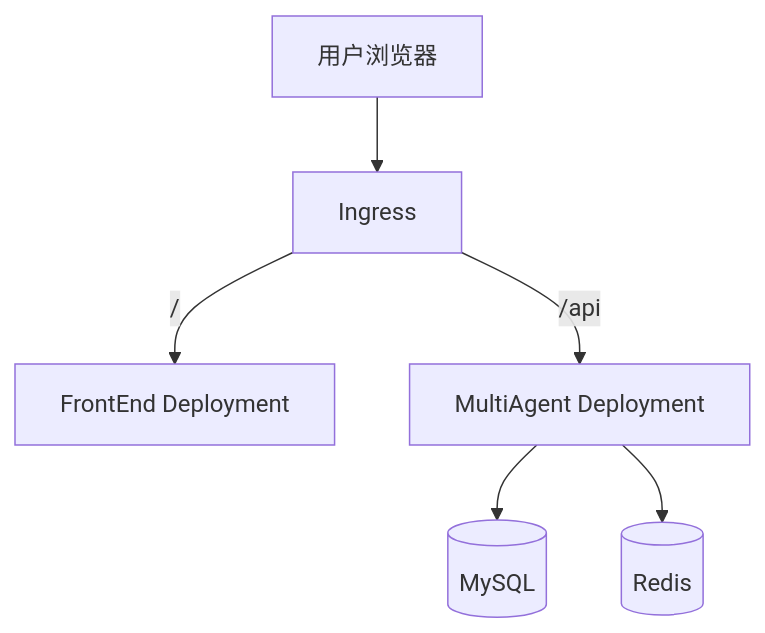
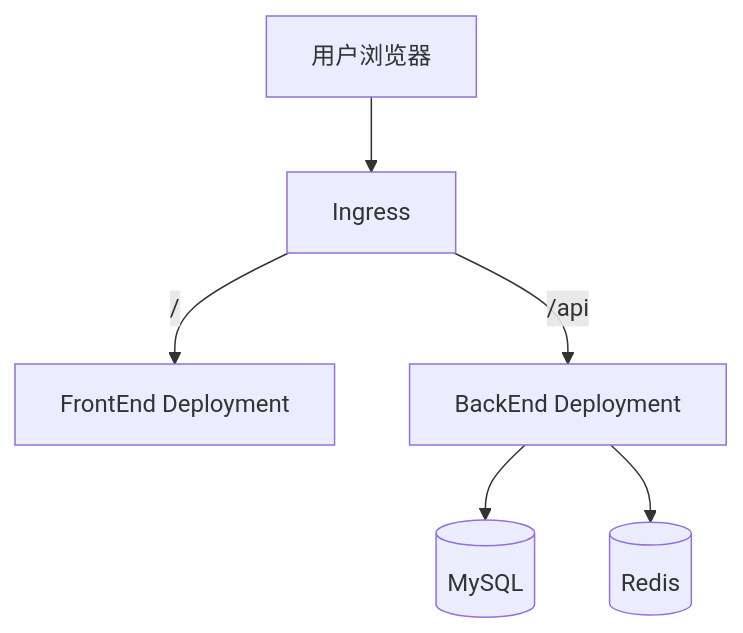
Before and after one commit to Zheng-Chuan/RiskMonitor-FrontEnd: the diagram in docs/decisions/0004-dual-app-repo-and-k8s-deployment.md, drawn with Mermaid. The commit also changed other lines of this file and 67 other files, not shown here.

````diff
--- a/docs/decisions/0004-dual-app-repo-and-k8s-deployment.md
+++ b/docs/decisions/0004-dual-app-repo-and-k8s-deployment.md
@@ -92,8 +92,8 @@
 ```mermaid
 graph TB
     U[用户浏览器] --> I[Ingress]
     I -->|/| F[FrontEnd Deployment]
-    I -->|/api| B[MultiAgent Deployment]
+    I -->|/api| B[BackEnd Deployment]
     B --> M[(MySQL)]
     B --> R[(Redis)]
 ```
````
